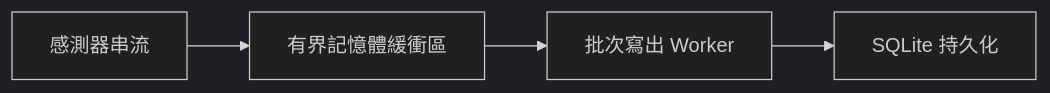
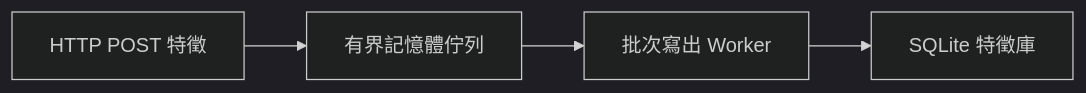
Before and after one commit to jiejiefu/blog: the sixth of 14 diagrams in content/zh-tw/projects/edge-ai-platform-ppt169/index.md, drawn with Mermaid (dark theme). The commit also changed other lines of this file and 4 other files, not shown here.

````diff
--- a/content/zh-tw/projects/edge-ai-platform-ppt169/index.md
+++ b/content/zh-tw/projects/edge-ai-platform-ppt169/index.md
@@ -220,6 +233,6 @@
 ```mermaid
 flowchart LR
-    A["感測器串流"] --> B["有界記憶體緩衝區"]
+    A["HTTP POST 特徵"] --> B["有界記憶體佇列"]
     B --> C["批次寫出 Worker"]
-    C --> D["SQLite 持久化"]
+    C --> D["SQLite 特徵庫"]
 ```
````
